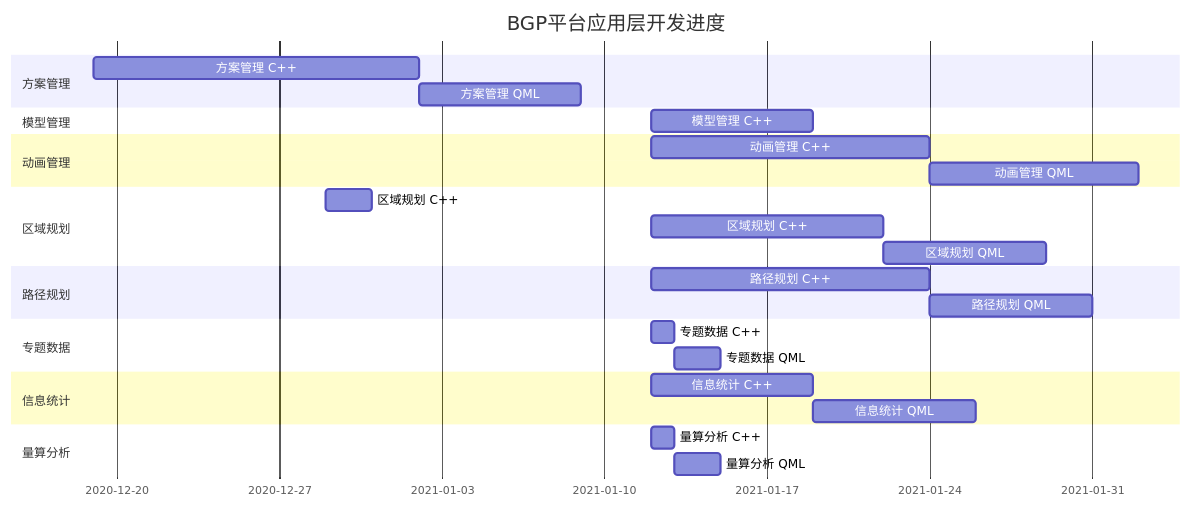
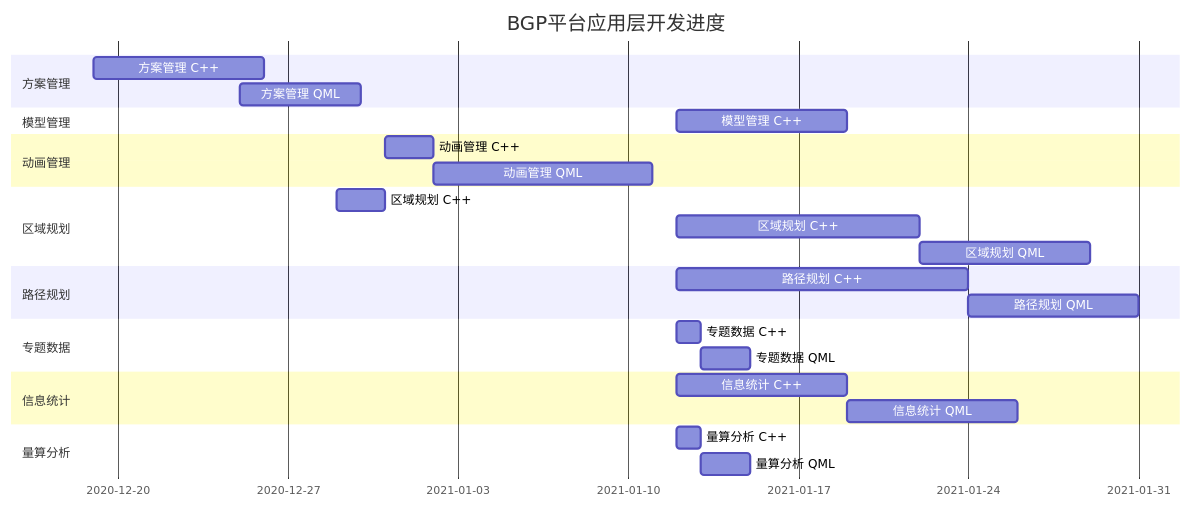
One commit to MJYCo-Ltd/Map changed the diagram in Doc/BGP平台应用层开发进度.md. Above: the diagram before and after it, drawn with Mermaid. The commit also changed other lines of this file and 8 other files, not shown here.

````diff
--- a/Doc/BGP平台应用层开发进度.md
+++ b/Doc/BGP平台应用层开发进度.md
@@ -13,29 +13,29 @@
 ```mermaid
 gantt
     title BGP平台应用层开发进度
     dateFormat  YYYY-MM-DD
     section 方案管理
-    方案管理 C++ :a1, 2020-12-19, 14d
-    方案管理 QML :after a1 , 7d
+    方案管理 C++ :a1, 2020-12-19, 7d
+    方案管理 QML :a2 ,2020-12-25, 5d
     section 模型管理
     模型管理 C++ :b1, 2021-01-12, 7d
     section 动画管理
-    动画管理 C++ :c1, 2021-01-12  , 12d
+    动画管理 C++ :c1, 2020-12-31  , 2d
     动画管理 QML :after c1, 9d
     section 区域规划
     区域规划 C++ :d1, 2020-12-29  , 2d
     区域规划 C++ :d1, 2021-01-12  , 10d
     区域规划 QML :after d1, 7d
     section 路径规划
     路径规划 C++ :e1, 2021-01-12  , 12d
     路径规划 QML :after e1, 7d
     section 专题数据
     专题数据 C++ :f1, 2021-01-12  , 1d
     专题数据 QML :after f1, 2d
     section 信息统计
     信息统计 C++ :g1, 2021-01-12  , 7d
     信息统计 QML :after g1, 7d
     section 量算分析
     量算分析 C++ :h1, 2021-01-12  , 1d
     量算分析 QML :after h1, 2d
 ```
````
